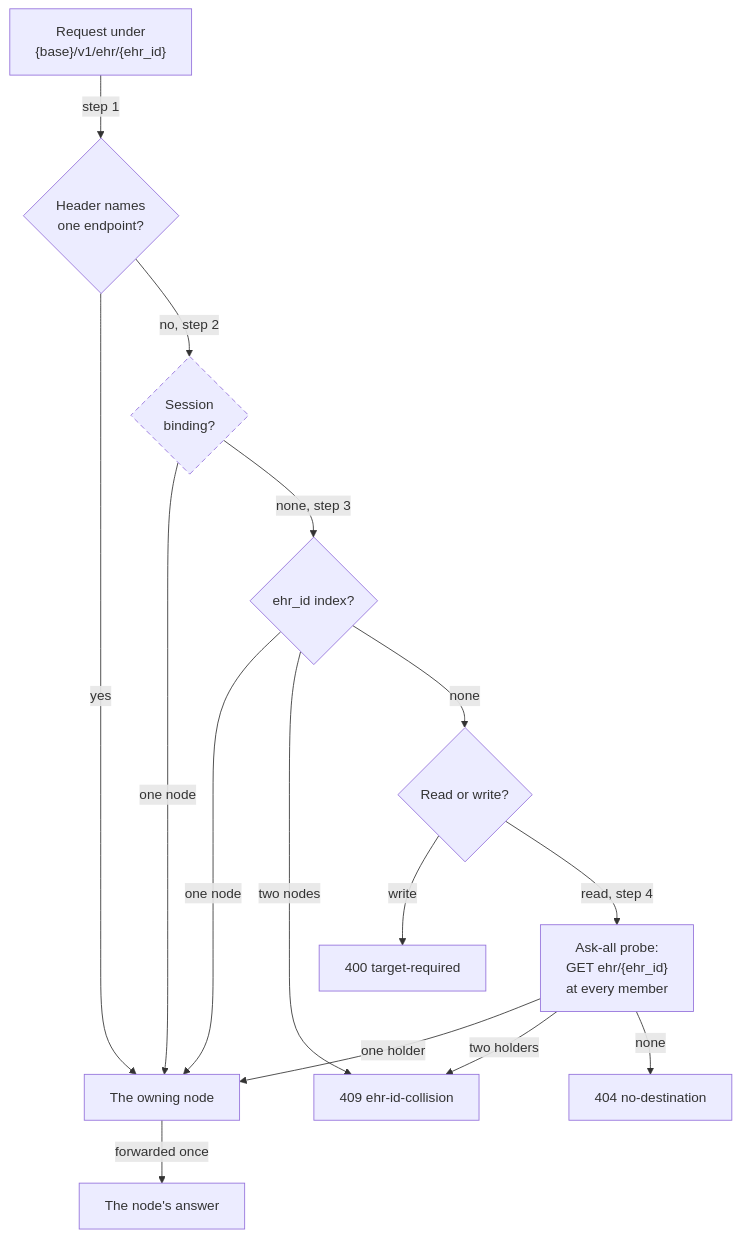
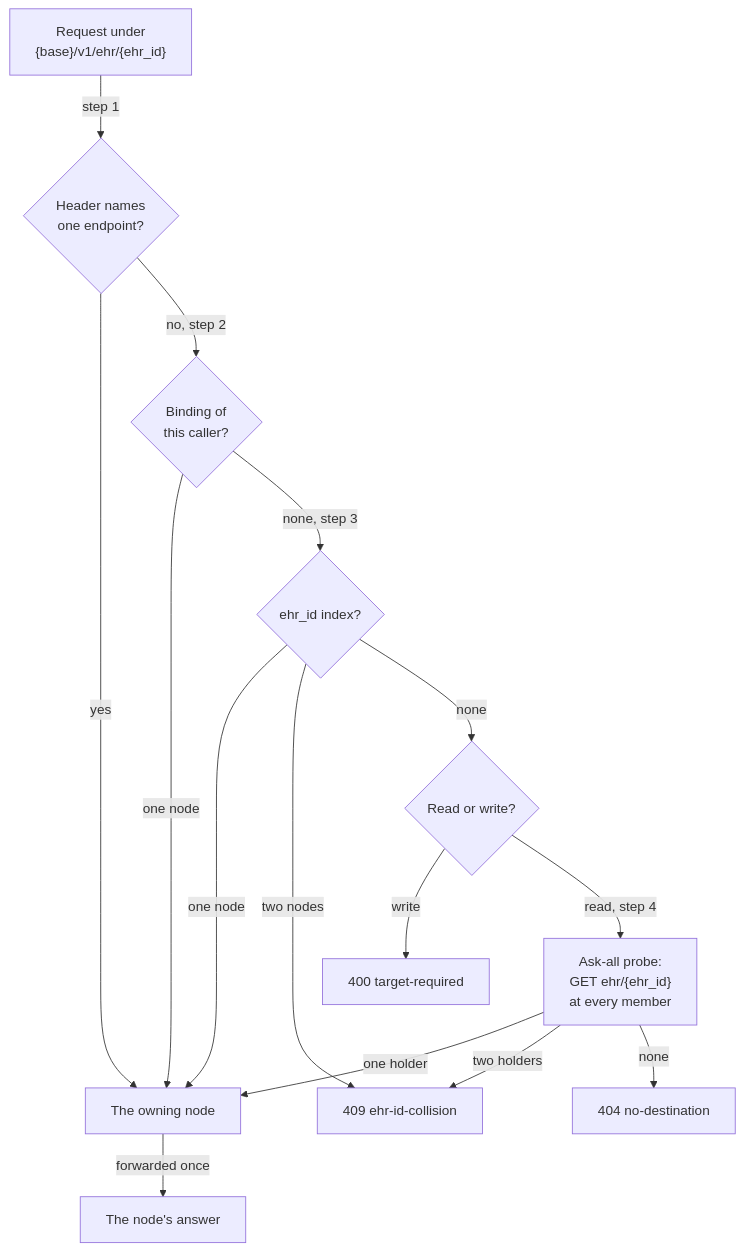
One commit to FerroHEALTH/FerroFED changed the first of 4 diagrams in website/book/src/how-it-works/follow-ups-and-writes.md. Above: the diagram before and after it, drawn with Mermaid. The commit also changed other lines of this file and 11 other files, not shown here.

````diff
--- a/website/book/src/how-it-works/follow-ups-and-writes.md
+++ b/website/book/src/how-it-works/follow-ups-and-writes.md
@@ -26,18 +26,17 @@
 ```mermaid
 flowchart TD
-    classDef planned stroke-dasharray: 6 4
     req["Request under<br/>{base}/v1/ehr/{ehr_id}"] -->|"step 1"| s1{"Header names<br/>one endpoint?"}
     s1 -->|"yes"| route["The owning node"]
-    s1 -->|"no, step 2"| s2{"Session<br/>binding?"}:::planned
+    s1 -->|"no, step 2"| s2{"Binding of<br/>this caller?"}
     s2 -->|"one node"| route
     s2 -->|"none, step 3"| s3{"ehr_id index?"}
     s3 -->|"one node"| route
     s3 -->|"two nodes"| c409["409 ehr-id-collision"]
     s3 -->|"none"| rw{"Read or write?"}
     rw -->|"write"| t400["400 target-required"]
     rw -->|"read, step 4"| probe["Ask-all probe:<br/>GET ehr/{ehr_id}<br/>at every member"]
     probe -->|"one holder"| route
     probe -->|"two holders"| c409
     probe -->|"none"| n404["404 no-destination"]
     route -->|"forwarded once"| answer["The node's answer"]
 ```
````
